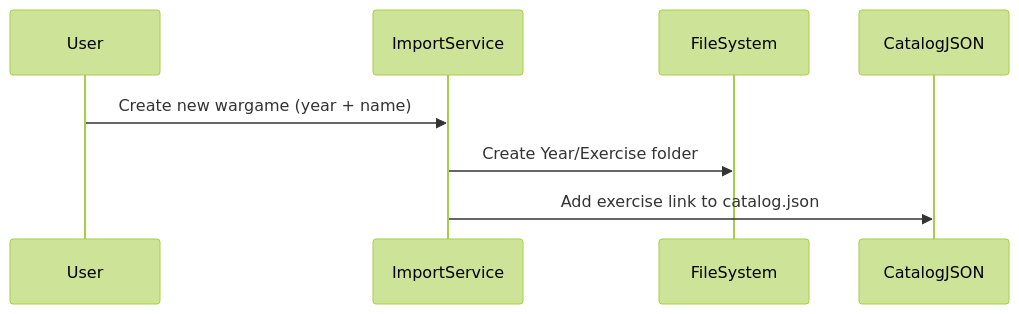
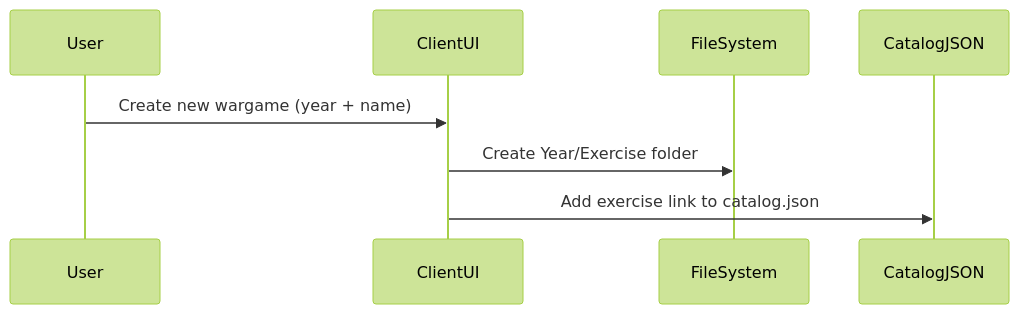
Before and after one commit to debrief/debrief.github.io: the first of 6 diagrams in future/sub-systems/stac_server_static.md, drawn with Mermaid (forest theme). The commit also changed other lines of this file, not shown here.

Commit message:
update diagrams

```diff
--- a/future/sub-systems/stac_server_static.md
+++ b/future/sub-systems/stac_server_static.md
@@ -120,11 +120,11 @@
 <div class="mermaid">
 sequenceDiagram
     participant User
-    participant ImportService
+    participant ClientUI
     participant FileSystem
     participant CatalogJSON
 
-    User->>ImportService: Create new wargame (year + name)
-    ImportService->>FileSystem: Create Year/Exercise folder
-    ImportService->>CatalogJSON: Add exercise link to catalog.json
+    User->>ClientUI: Create new wargame (year + name)
+    ClientUI->>FileSystem: Create Year/Exercise folder
+    ClientUI->>CatalogJSON: Add exercise link to catalog.json
 </div>
```
